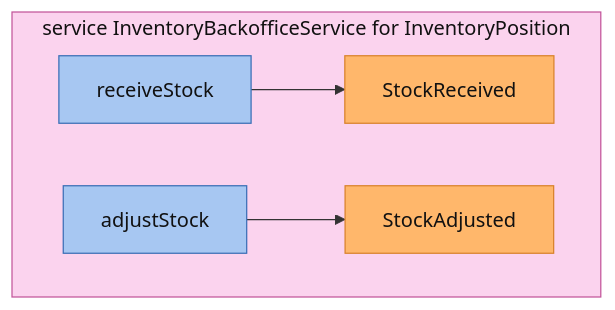
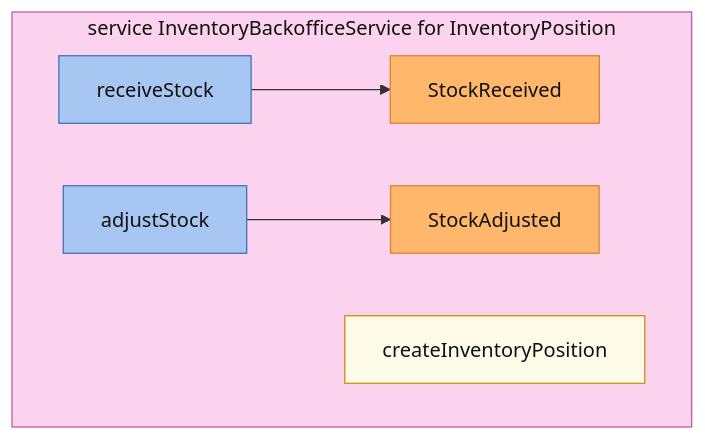
Before and after one commit to ZenWave360/dsl-kotlin: the third of 9 diagrams in dsl-docs/src/commonTest/resources/snapshots/arcadia-modulith/modules/catalog-inventory.md, drawn with Mermaid. The commit also changed other lines of this file and 16 other files, not shown here.

First line of the commit message:
fix(eventflow,views): a variant keeps its start and read models, services diagrams show queries, and a read model is 124x124 on both engines, spec:flows/eventflow#ef-r12

````diff
--- a/dsl-docs/src/commonTest/resources/snapshots/arcadia-modulith/modules/catalog-inventory.md
+++ b/dsl-docs/src/commonTest/resources/snapshots/arcadia-modulith/modules/catalog-inventory.md
@@ -144,24 +145,27 @@
 ```mermaid
 ---
 config:
   themeVariables:
     titleColor: "#111111"
 ---
 flowchart LR
   classDef command fill:#a7c7f2,stroke:#3b6fb6,color:#111
+  classDef query fill:#fefce8,stroke:#ca8a04,color:#111
   classDef event fill:#ffb76b,stroke:#d9822b,color:#111
   subgraph agg_InventoryBackofficeService["service InventoryBackofficeService for InventoryPosition"]
     direction LR
     cmd_receiveStock["receiveStock"]
     cmd_adjustStock["adjustStock"]
+    qry_createInventoryPosition["createInventoryPosition"]
     evt_StockReceived["StockReceived"]
     evt_StockAdjusted["StockAdjusted"]
   end
   style agg_InventoryBackofficeService fill:#fbd3ee,stroke:#c2569b,color:#111
   class cmd_receiveStock command
   class cmd_adjustStock command
+  class qry_createInventoryPosition query
   class evt_StockReceived event
   class evt_StockAdjusted event
   cmd_receiveStock --> evt_StockReceived
   cmd_adjustStock --> evt_StockAdjusted
 ```
````
